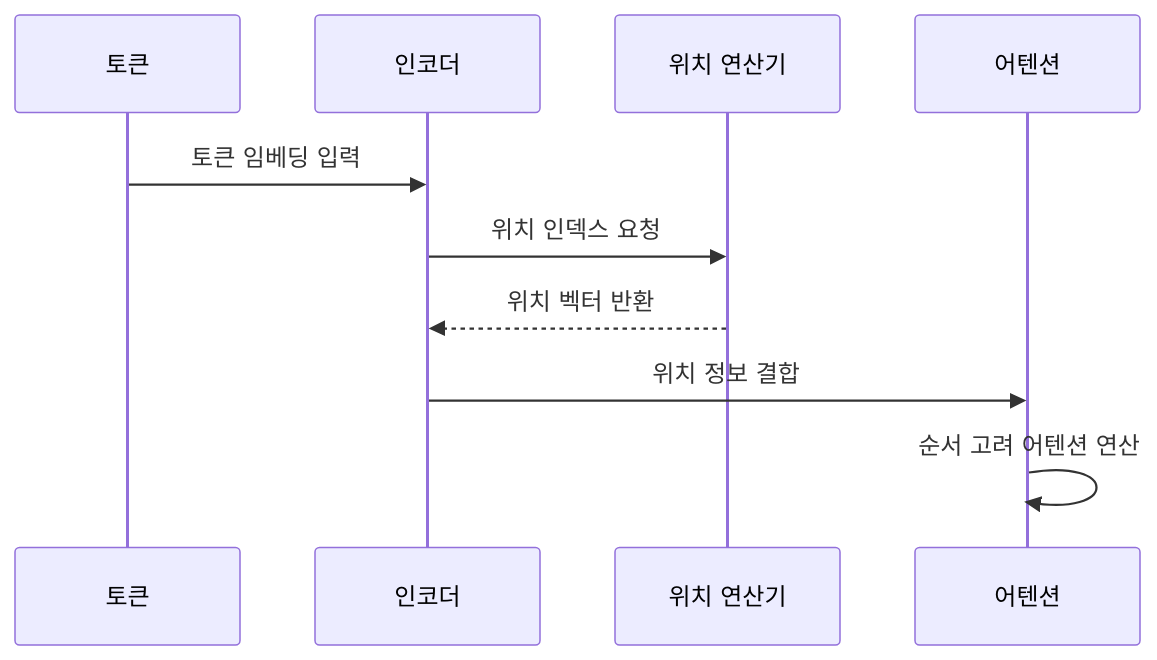
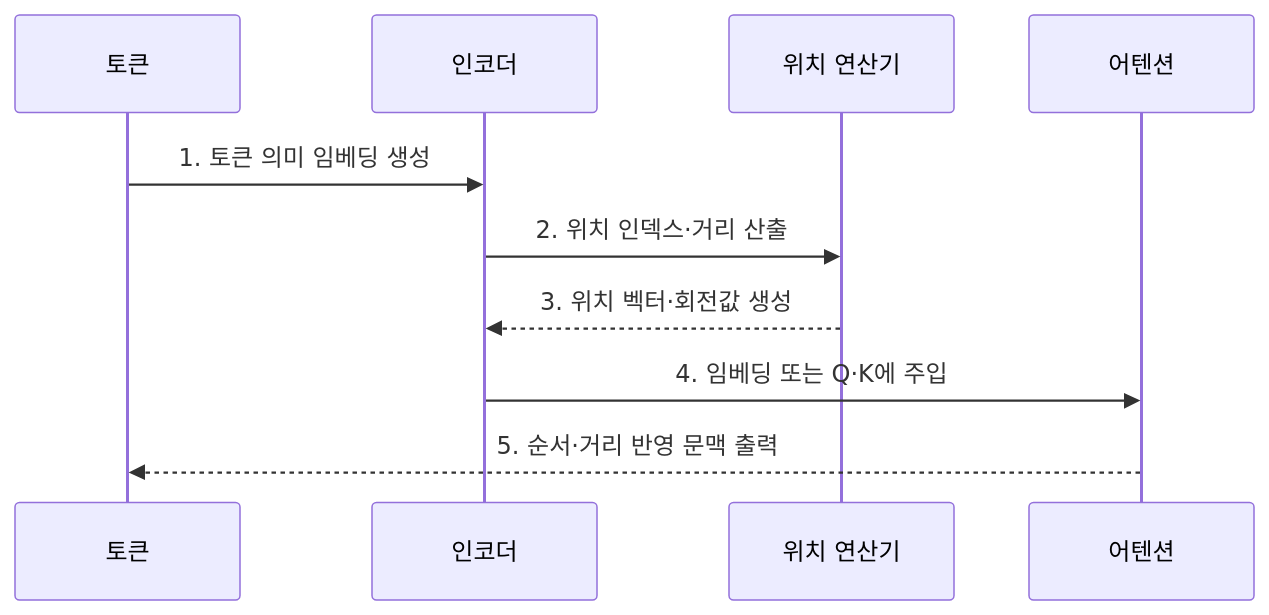
Before and after one commit to agnusdei1207/knowledge-base: the second of 2 diagrams in src/content/docs/notes/08-latest-tech/031_positional_encoding.md, drawn with Mermaid. The commit also changed other lines of this file and 26 other files, not shown here.

````diff
--- a/src/content/docs/notes/08-latest-tech/031_positional_encoding.md
+++ b/src/content/docs/notes/08-latest-tech/031_positional_encoding.md
@@ -71,12 +73,12 @@
 ```mermaid
 sequenceDiagram
     participant T as 토큰
     participant E as 인코더
     participant PE as 위치 연산기
     participant A as 어텐션
-    T->>E: 토큰 임베딩 입력
-    E->>PE: 위치 인덱스 요청
-    PE-->>E: 위치 벡터 반환
-    E->>A: 위치 정보 결합
-    A->>A: 순서 고려 어텐션 연산
+    T->>E: 1. 토큰 의미 임베딩 생성
+    E->>PE: 2. 위치 인덱스·거리 산출
+    PE-->>E: 3. 위치 벡터·회전값 생성
+    E->>A: 4. 임베딩 또는 Q·K에 주입
+    A-->>T: 5. 순서·거리 반영 문맥 출력
 ```
````
